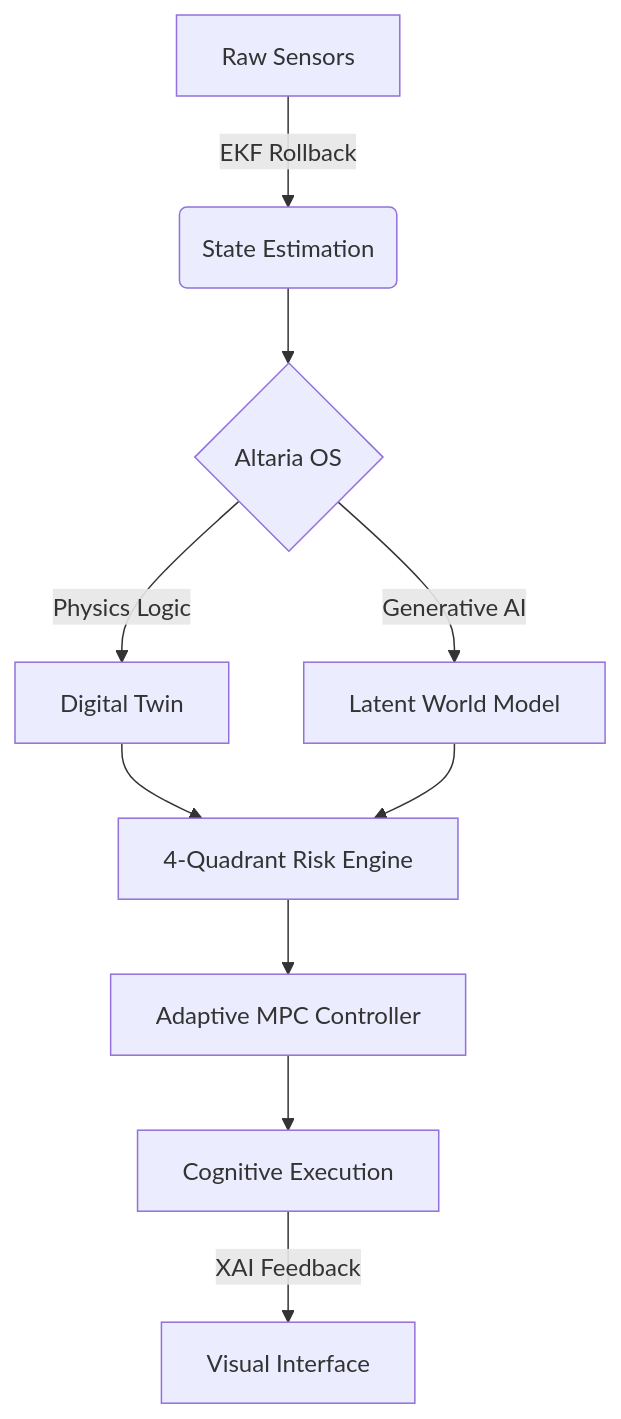
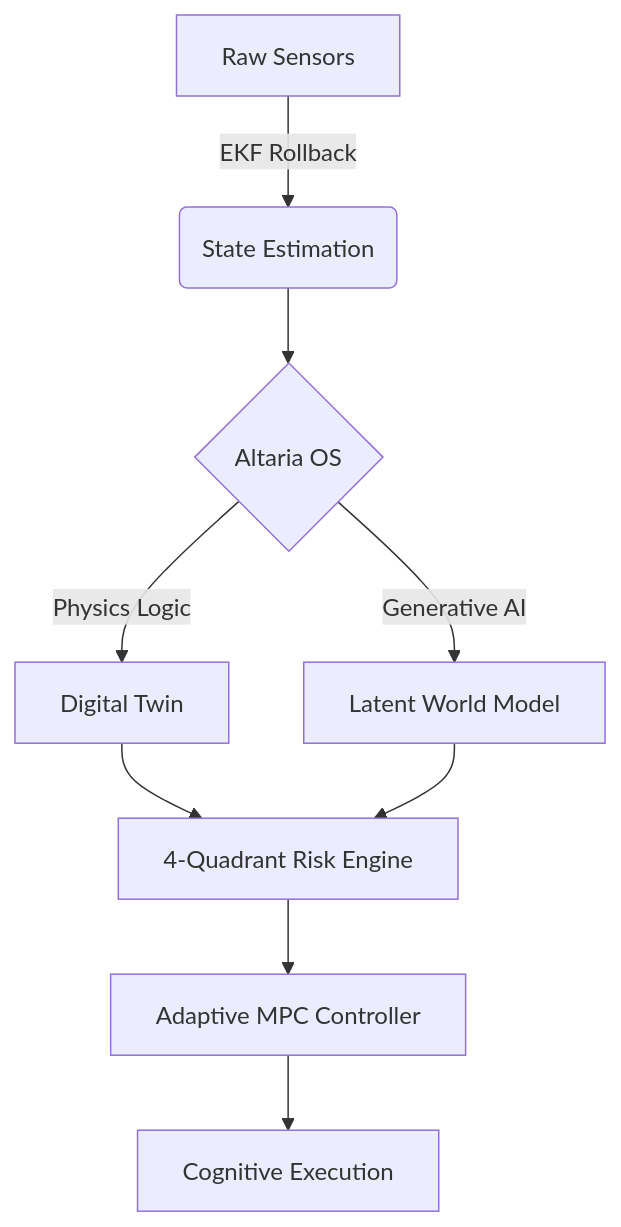
Before and after one commit to subhamsje/Drone-N1: the diagram in README.md, drawn with Mermaid. The commit also changed other lines of this file, not shown here.

````diff
--- a/README.md
+++ b/README.md
@@ -35,11 +51,10 @@
 ```mermaid
 graph TD
     A[Raw Sensors] -->|EKF Rollback| B(State Estimation)
     B --> C{Altaria OS}
     C -->|Physics Logic| D[Digital Twin]
     C -->|Generative AI| E[Latent World Model]
     D & E --> F[4-Quadrant Risk Engine]
     F --> G[Adaptive MPC Controller]
     G --> H[Cognitive Execution]
-    H -->|XAI Feedback| I[Visual Interface]
 ```
````
